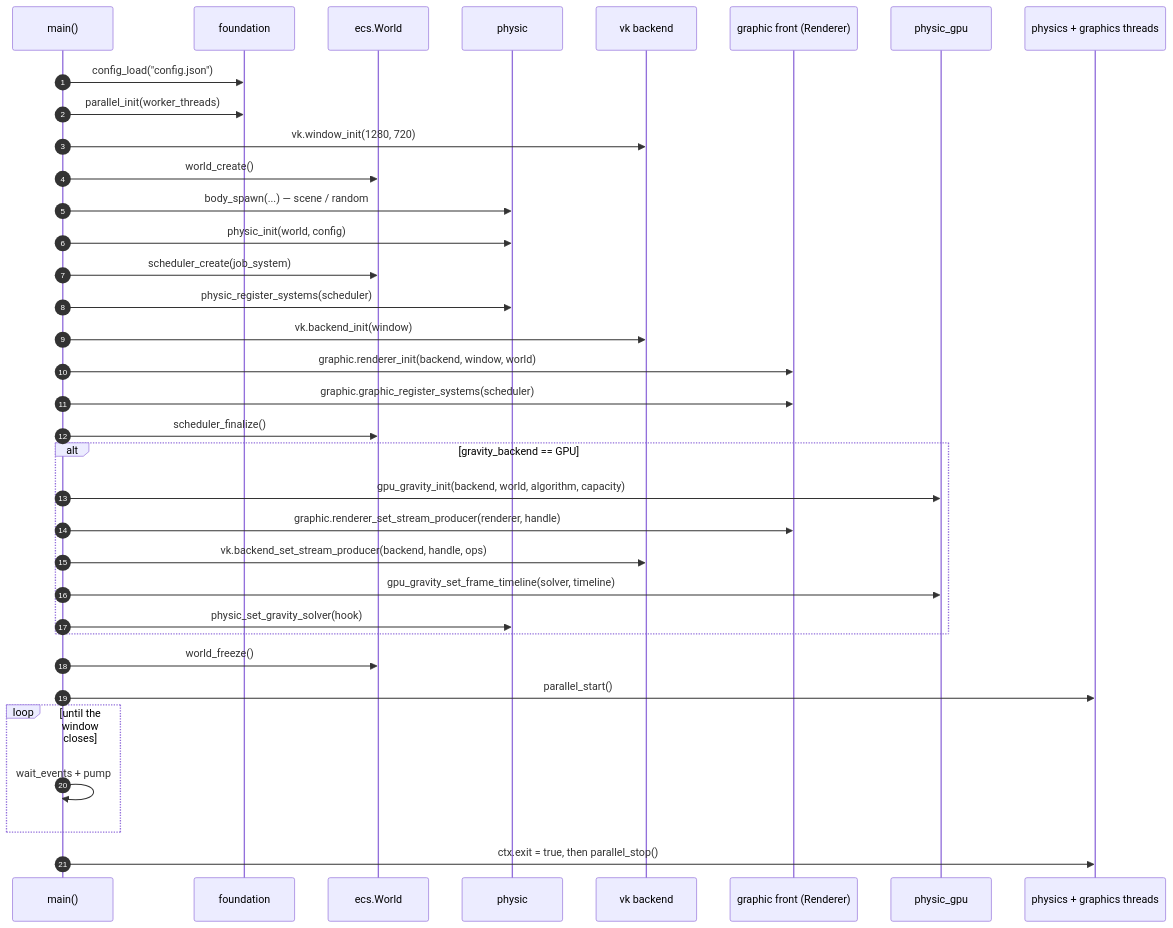
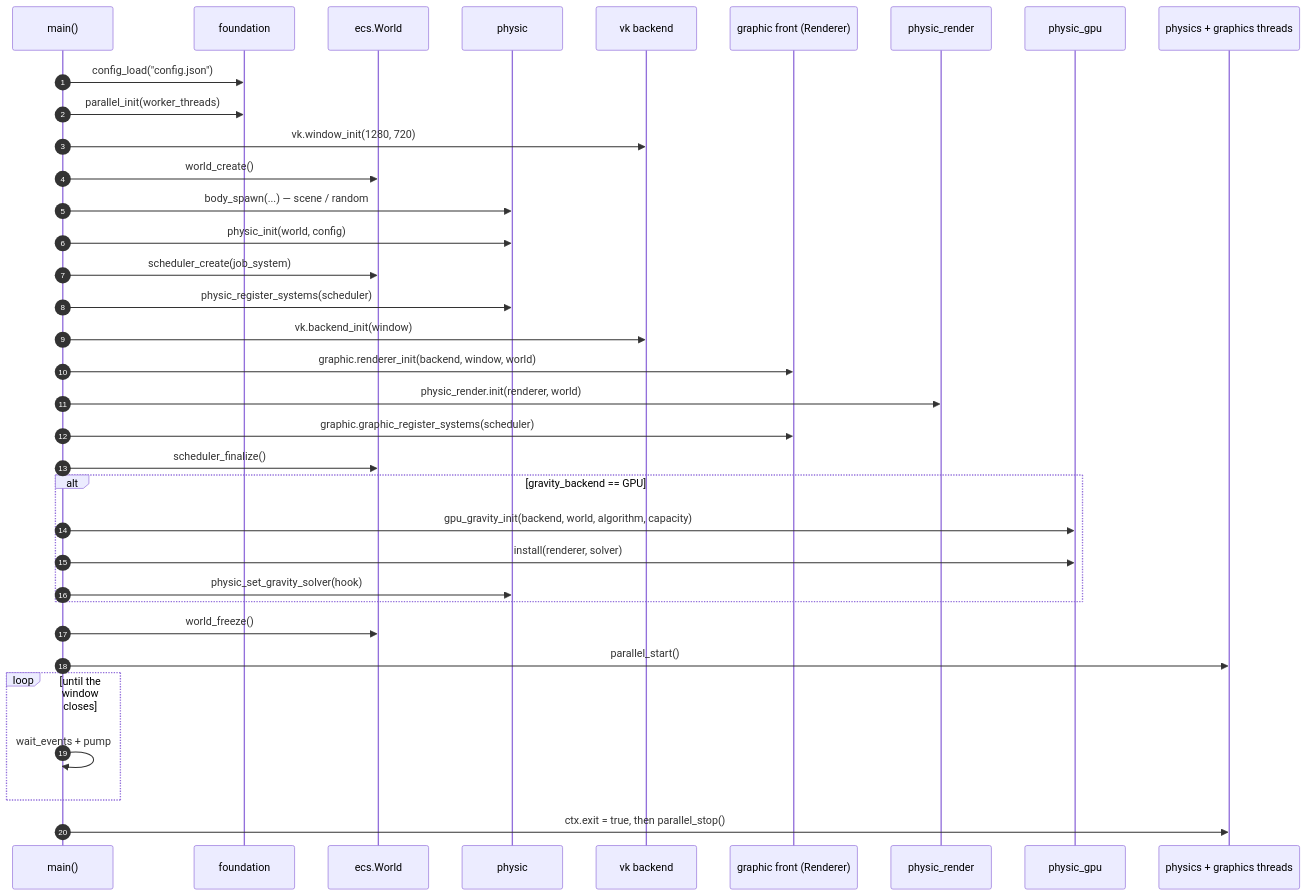
The fourth of 7 diagrams in docs/architecture.md (TanukiConDos/Gravity-Simulator), drawn with Mermaid before and after one commit. The commit also changed other lines of this file and 5 other files, not shown here.

First line of the commit message:
docs: physics integrates with graphics (main -> physic -> front -> backend)

````diff
--- a/docs/architecture.md
+++ b/docs/architecture.md
@@ -153,38 +160,38 @@
 ```mermaid
 sequenceDiagram
     autonumber
     participant M as main()
     participant F as foundation
     participant W as ecs.World
     participant P as physic
     participant B as vk backend
     participant R as graphic front (Renderer)
+    participant PS as physic_render
     participant PG as physic_gpu
     participant T as physics + graphics threads
 
     M->>F: config_load("config.json")
     M->>F: parallel_init(worker_threads)
     M->>B: vk.window_init(1280, 720)
     M->>W: world_create()
     M->>P: body_spawn(...) — scene / random
     M->>P: physic_init(world, config)
     M->>W: scheduler_create(job_system)
     M->>P: physic_register_systems(scheduler)
     M->>B: vk.backend_init(window)
     M->>R: graphic.renderer_init(backend, window, world)
+    M->>PS: physic_render.init(renderer, world)
     M->>R: graphic.graphic_register_systems(scheduler)
     M->>W: scheduler_finalize()
     alt gravity_backend == GPU
         M->>PG: gpu_gravity_init(backend, world, algorithm, capacity)
-        M->>R: graphic.renderer_set_stream_producer(renderer, handle)
-        M->>B: vk.backend_set_stream_producer(backend, handle, ops)
-        M->>PG: gpu_gravity_set_frame_timeline(solver, timeline)
+        M->>PG: install(renderer, solver)
         M->>P: physic_set_gravity_solver(hook)
     end
     M->>W: world_freeze()
     M->>T: parallel_start()
     loop until the window closes
         M->>M: wait_events + pump
     end
     M->>T: ctx.exit = true, then parallel_stop()
 ```
````
